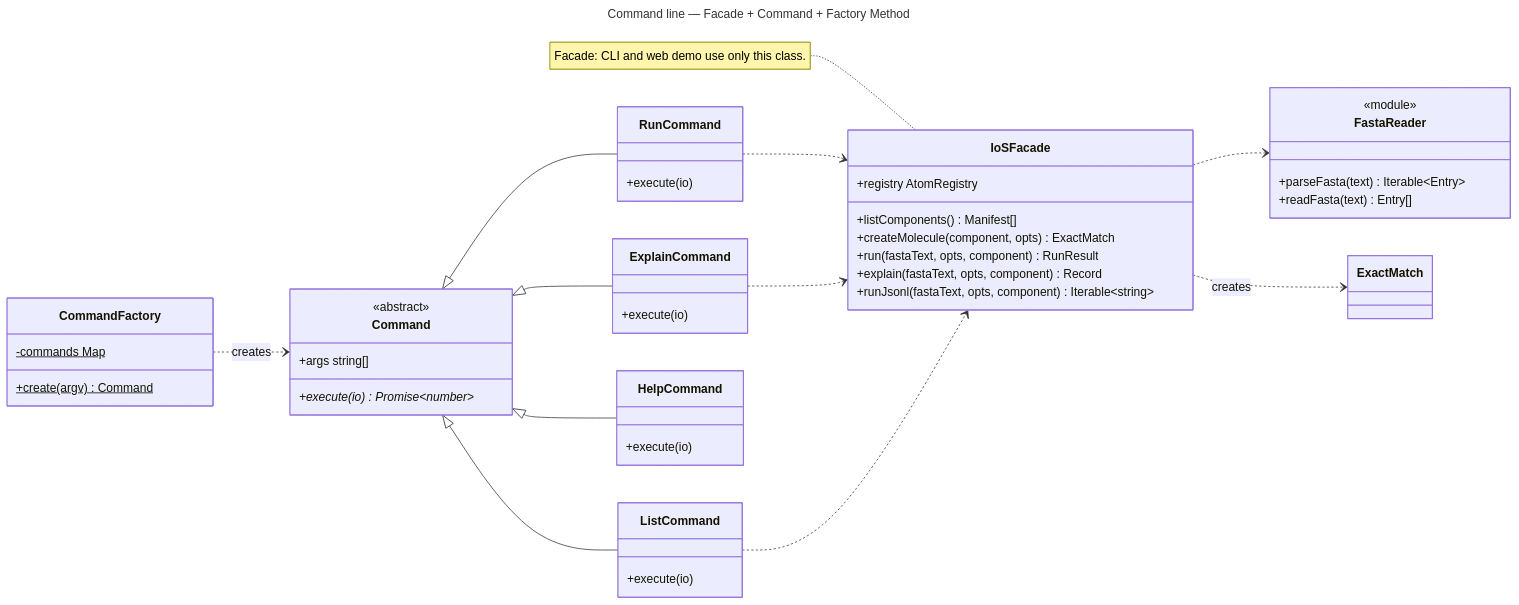
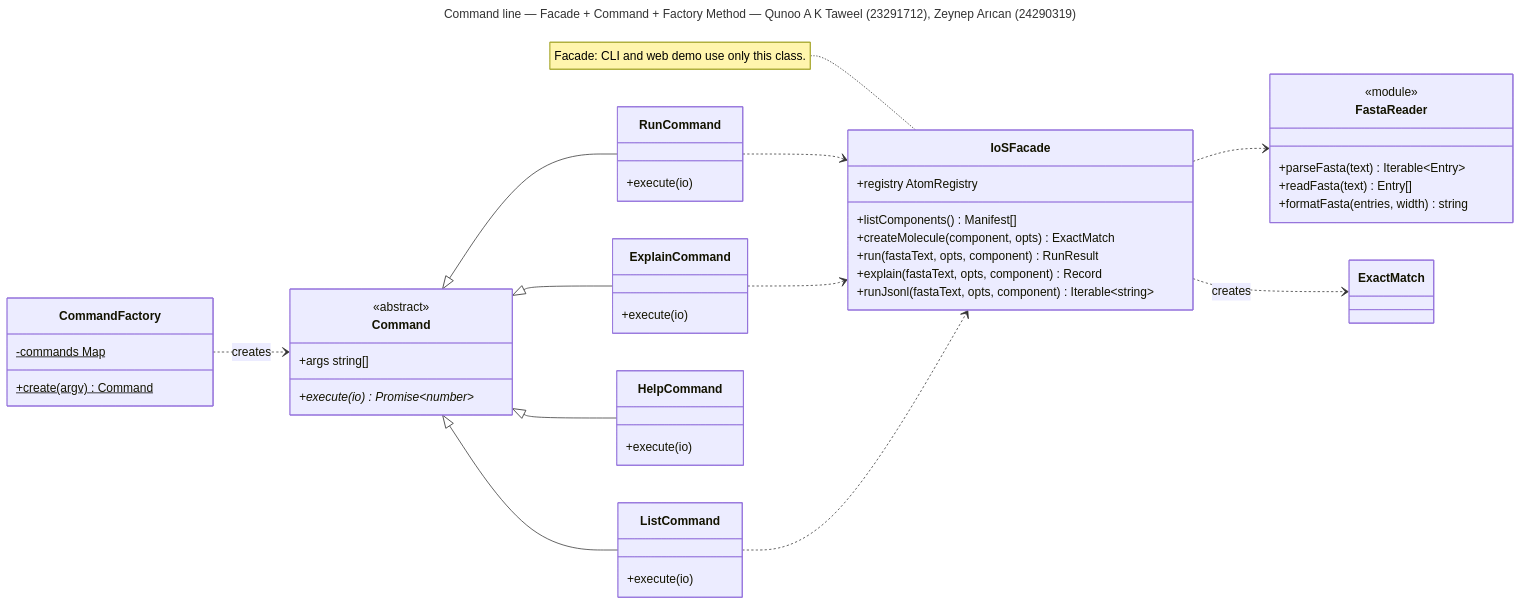
The diagram in docs/uml/04-cli.mmd (Qanoo-Taweel/ios-adaptive-exact-match), drawn with Mermaid before and after one commit. The commit also changed 29 other files, not shown here.

First line of the commit message:
Report and UML: both authors with student numbers, layout fixes, print-ready UML PDF

```diff
--- a/docs/uml/04-cli.mmd
+++ b/docs/uml/04-cli.mmd
@@ -1,43 +1,44 @@
 ---
-title: Command line — Facade + Command + Factory Method
+title: Command line — Facade + Command + Factory Method — Qunoo A K Taweel (23291712), Zeynep Arıcan (24290319)
 ---
 classDiagram
   direction LR
   class IoSFacade {
     +registry AtomRegistry
     +listComponents() Manifest[]
     +createMolecule(component, opts) ExactMatch
     +run(fastaText, opts, component) RunResult
     +explain(fastaText, opts, component) Record
     +runJsonl(fastaText, opts, component) Iterable~string~
   }
   class Command {
     <<abstract>>
     +args string[]
     +execute(io)* Promise~number~
   }
   class RunCommand { +execute(io) }
   class ExplainCommand { +execute(io) }
   class ListCommand { +execute(io) }
   class HelpCommand { +execute(io) }
   class CommandFactory {
     -commands Map$
     +create(argv)$ Command
   }
   class FastaReader {
     <<module>>
     +parseFasta(text) Iterable~Entry~
     +readFasta(text) Entry[]
+    +formatFasta(entries, width) string
   }
   class ExactMatch
   Command <|-- RunCommand
   Command <|-- ExplainCommand
   Command <|-- ListCommand
   Command <|-- HelpCommand
   CommandFactory ..> Command : creates
   RunCommand ..> IoSFacade
   ExplainCommand ..> IoSFacade
   ListCommand ..> IoSFacade
   IoSFacade ..> FastaReader
   IoSFacade ..> ExactMatch : creates
   note for IoSFacade "Facade: CLI and web demo use only this class."
```
